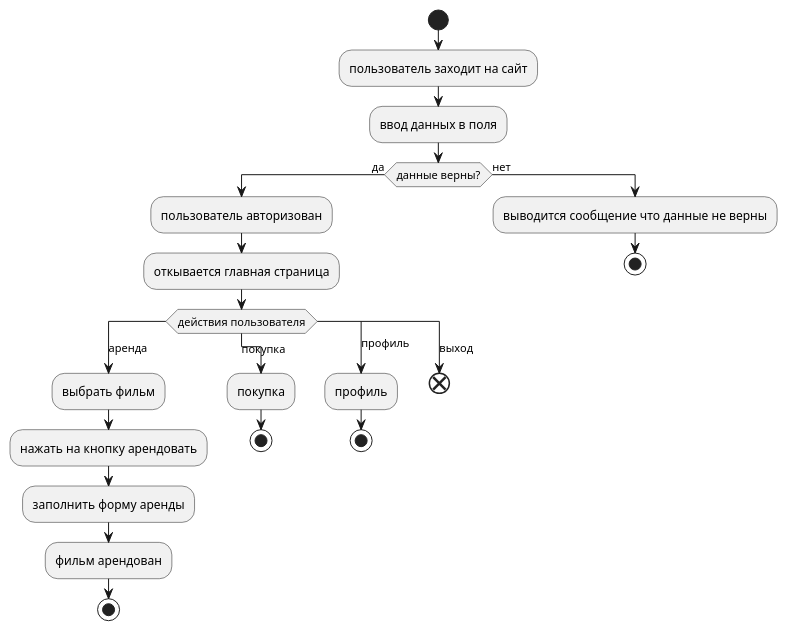
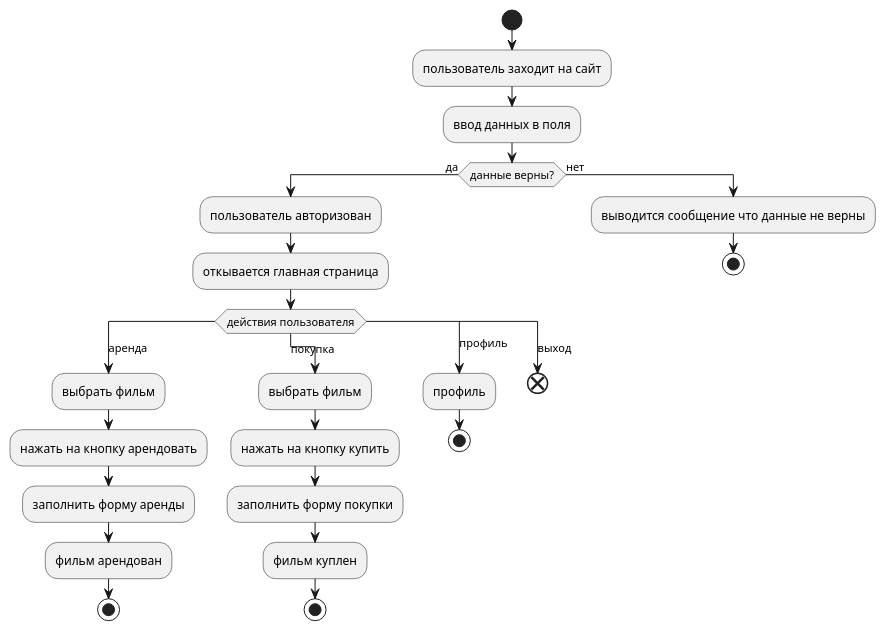
One commit to H3LLG0/Cursovoi changed the diagram in Activity client.md. Above: the diagram before and after it, drawn with PlantUML.

Commit message:
покупка

```diff
--- a/Activity client.md
+++ b/Activity client.md
@@ -3,28 +3,31 @@
 @startuml
     start
         :пользователь заходит на сайт;
         :ввод данных в поля;
         if(данные верны?) then (да)
             :пользователь авторизован;
             :откывается главная страница;
             switch (действия пользователя)
                 case(аренда)
                     :выбрать фильм;
                     :нажать на кнопку арендовать;
                     :заполнить форму аренды;
                     :фильм арендован;
                     stop
                 case(покупка)
-                    :покупка;
+                    :выбрать фильм;
+                    :нажать на кнопку купить;
+                    :заполнить форму покупки;
+                    :фильм куплен;
                     stop
                 case(профиль)
                     :профиль;
                     stop
                 case(выход)
                     end
             endswitch
         else (нет)
             :выводится сообщение что данные не верны; 
             stop   
         endif
 @enduml
```
